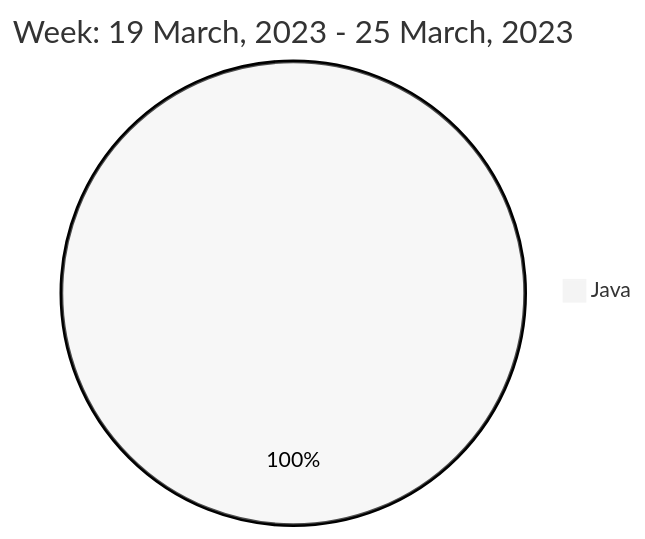
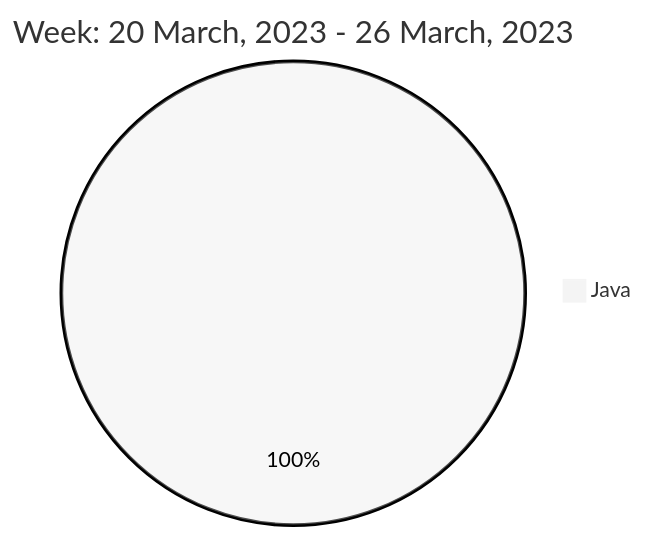
Before and after one commit to liubin95/liubin95: the diagram in README.md, drawn with Mermaid (neutral theme).

Commit message:
Updated the Graph with new Metrics

````diff
--- a/README.md
+++ b/README.md
@@ -40,5 +40,5 @@
 ```mermaid
  pie
-title Week: 19 March, 2023 - 25 March, 2023
+title Week: 20 March, 2023 - 26 March, 2023
  "Java" : 2.23
 ```
````
